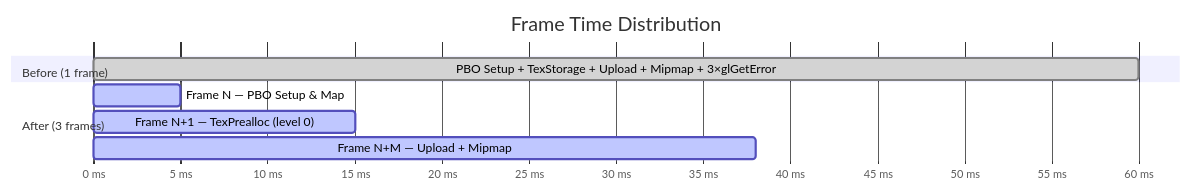
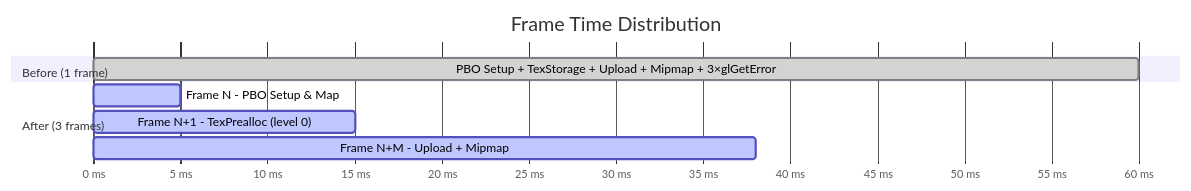
The second of 4 diagrams in docs/async_pbo.md (yoyonel/suckless-ogl), drawn with Mermaid before and after one commit. The commit also changed other lines of this file and 43 other files, not shown here.

First line of the commit message:
Implémentation de l'Index des Diagrammes & Fix Mermaid v11 (#145)

````diff
--- a/docs/async_pbo.md
+++ b/docs/async_pbo.md
@@ -100,14 +112,14 @@
 ```mermaid
 gantt
     title Frame Time Distribution
     dateFormat X
     axisFormat %s ms
 
     section Before (1 frame)
     PBO Setup + TexStorage + Upload + Mipmap + 3×glGetError :done, 0, 60
 
     section After (3 frames)
-    Frame N  — PBO Setup & Map        :active, 0, 5
-    Frame N+1 — TexPrealloc (level 0) :active, 8, 15
-    Frame N+M — Upload + Mipmap       :active, 18, 38
+    Frame N  - PBO Setup & Map        :active, 0, 5
+    Frame N+1 - TexPrealloc (level 0) :active, 8, 15
+    Frame N+M - Upload + Mipmap       :active, 18, 38
 ```
````
